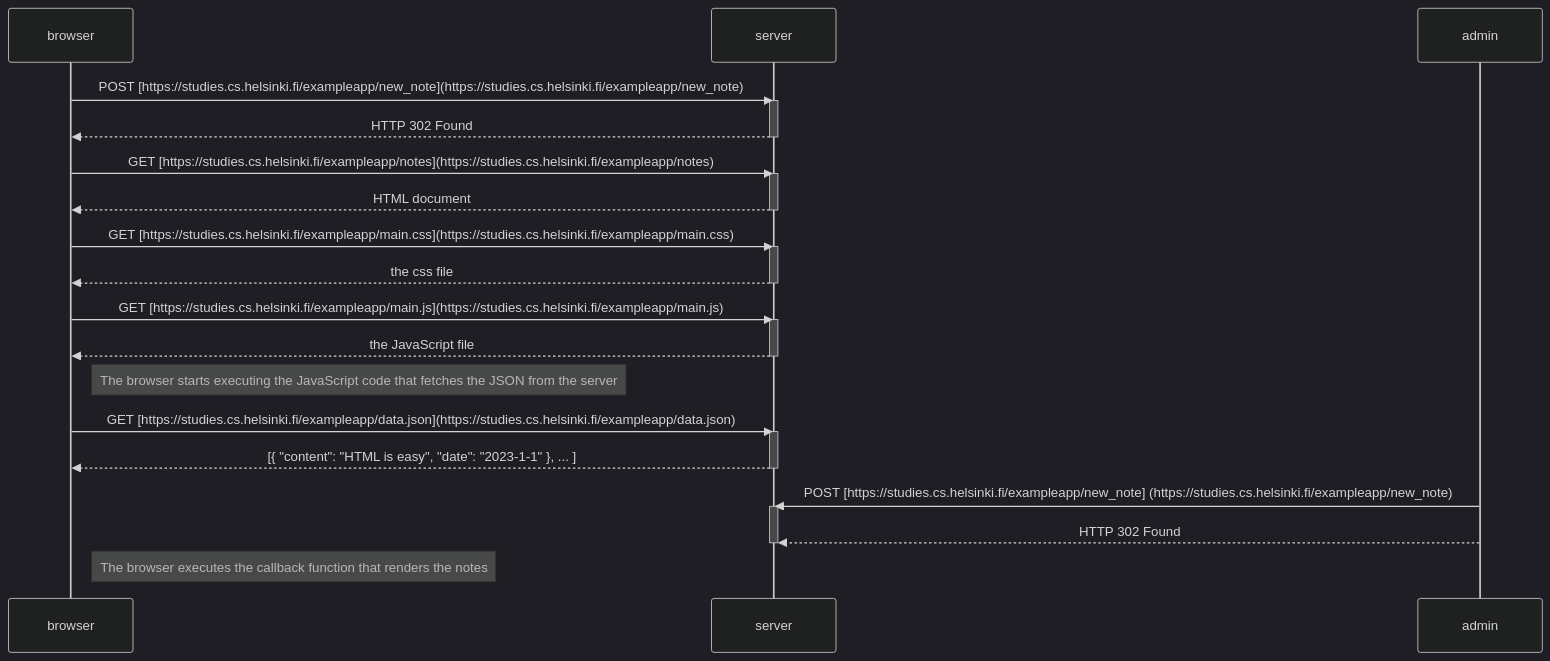
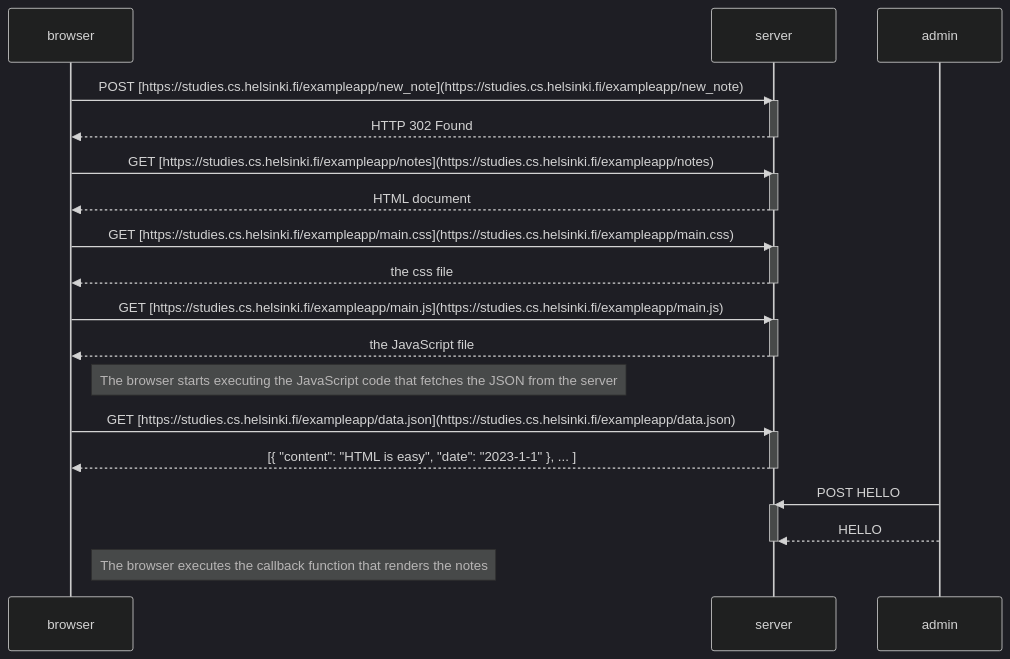
Before and after one commit to ARTHUR-MORGAN2004/fullstackopen: the diagram in part0/0.4.md, drawn with Mermaid (dark theme).

````diff
--- a/part0/0.4.md
+++ b/part0/0.4.md
@@ -1,40 +1,40 @@
 ```mermaid
 sequenceDiagram
     participant browser
     participant server
     participant admin
 
     browser->>server: POST [https://studies.cs.helsinki.fi/exampleapp/new_note](https://studies.cs.helsinki.fi/exampleapp/new_note)
     activate server
     server-->>browser: HTTP 302 Found
     deactivate server
 
     browser->>server: GET [https://studies.cs.helsinki.fi/exampleapp/notes](https://studies.cs.helsinki.fi/exampleapp/notes)
     activate server
     server-->>browser: HTML document
     deactivate server
 
     browser->>server: GET [https://studies.cs.helsinki.fi/exampleapp/main.css](https://studies.cs.helsinki.fi/exampleapp/main.css)
     activate server
     server-->>browser: the css file
     deactivate server
 
     browser->>server: GET [https://studies.cs.helsinki.fi/exampleapp/main.js](https://studies.cs.helsinki.fi/exampleapp/main.js)
     activate server
     server-->>browser: the JavaScript file
     deactivate server
 
     Note right of browser: The browser starts executing the JavaScript code that fetches the JSON from the server
 
     browser->>server: GET [https://studies.cs.helsinki.fi/exampleapp/data.json](https://studies.cs.helsinki.fi/exampleapp/data.json)
     activate server
     server-->>browser: [{ "content": "HTML is easy", "date": "2023-1-1" }, ... ]
     deactivate server
 
-    admin->>server: POST [https://studies.cs.helsinki.fi/exampleapp/new_note]    (https://studies.cs.helsinki.fi/exampleapp/new_note)
+    admin->>server: POST HELLO
     activate server
-    admin-->>server: HTTP 302 Found
+    admin-->>server: HELLO
     deactivate server
 
     Note right of browser: The browser executes the callback function that renders the notes
 ```
````
